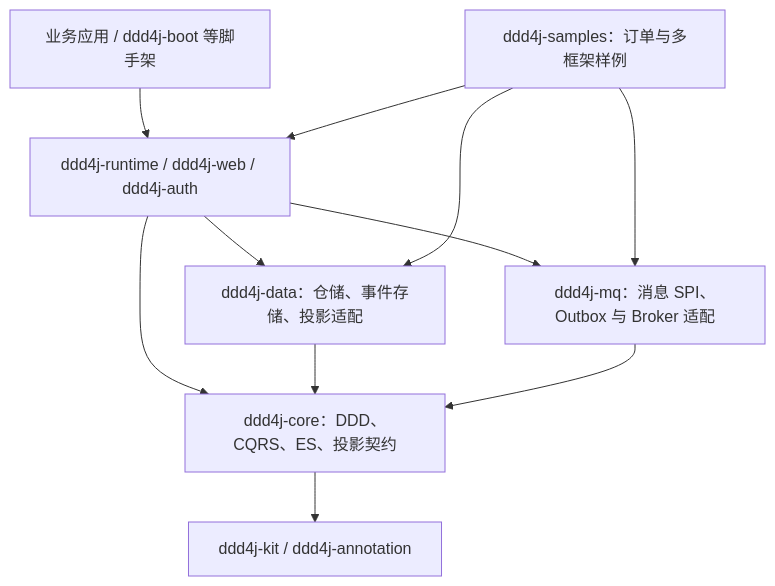
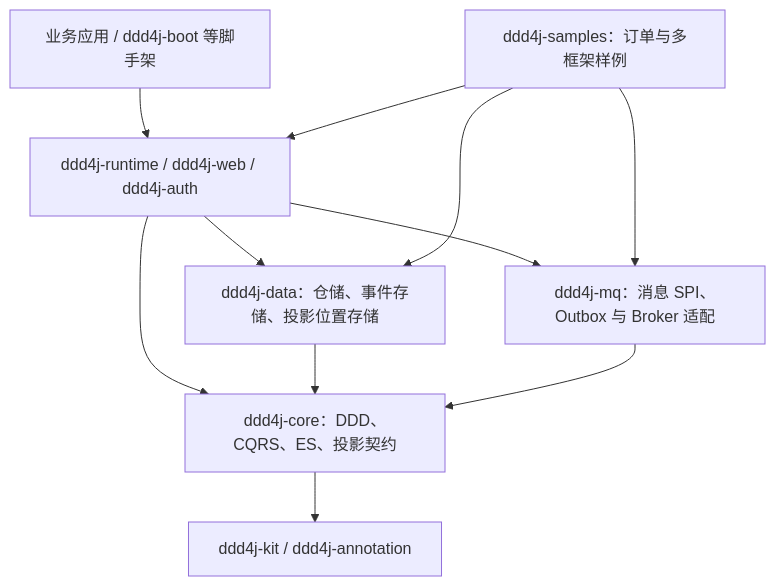
Before and after one commit to ddd-4-java/ddd4j: the first of 3 diagrams in docs/architecture/architecture.md, drawn with Mermaid. The commit also changed other lines of this file and 984 other files, not shown here.

````diff
--- a/docs/architecture/architecture.md
+++ b/docs/architecture/architecture.md
@@ -17,13 +19,13 @@
 ```mermaid
 flowchart TD
     App["业务应用 / ddd4j-boot 等脚手架"] --> Runtime["ddd4j-runtime / ddd4j-web / ddd4j-auth"]
     Runtime --> Core["ddd4j-core：DDD、CQRS、ES、投影契约"]
-    Runtime --> Data["ddd4j-data：仓储、事件存储、投影适配"]
+    Runtime --> Data["ddd4j-data：仓储、事件存储、投影位置存储"]
     Runtime --> MQ["ddd4j-mq：消息 SPI、Outbox 与 Broker 适配"]
     Data --> Core
     MQ --> Core
     Samples["ddd4j-samples：订单与多框架样例"] --> Runtime
     Samples --> Data
     Samples --> MQ
     Core --> Kit["ddd4j-kit / ddd4j-annotation"]
 ```
````
